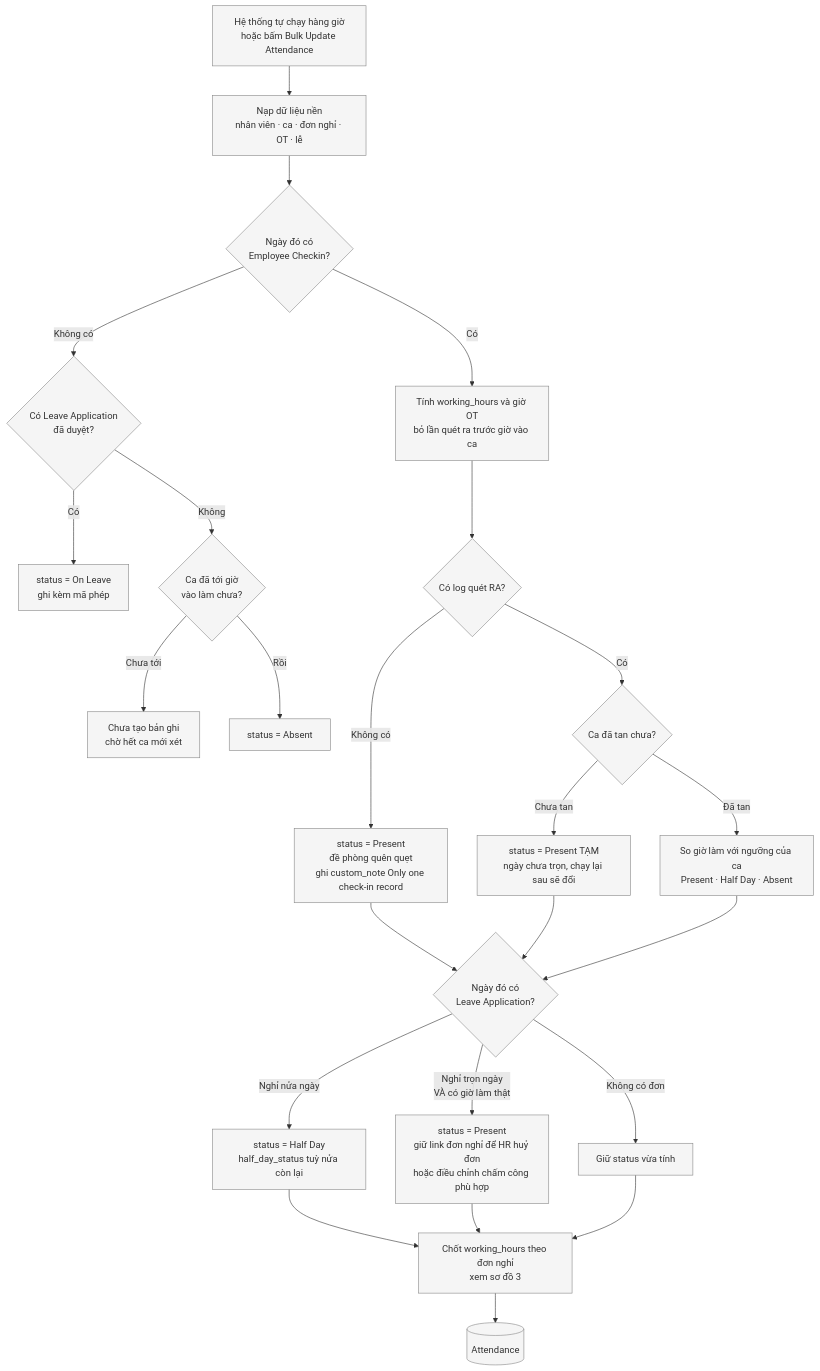
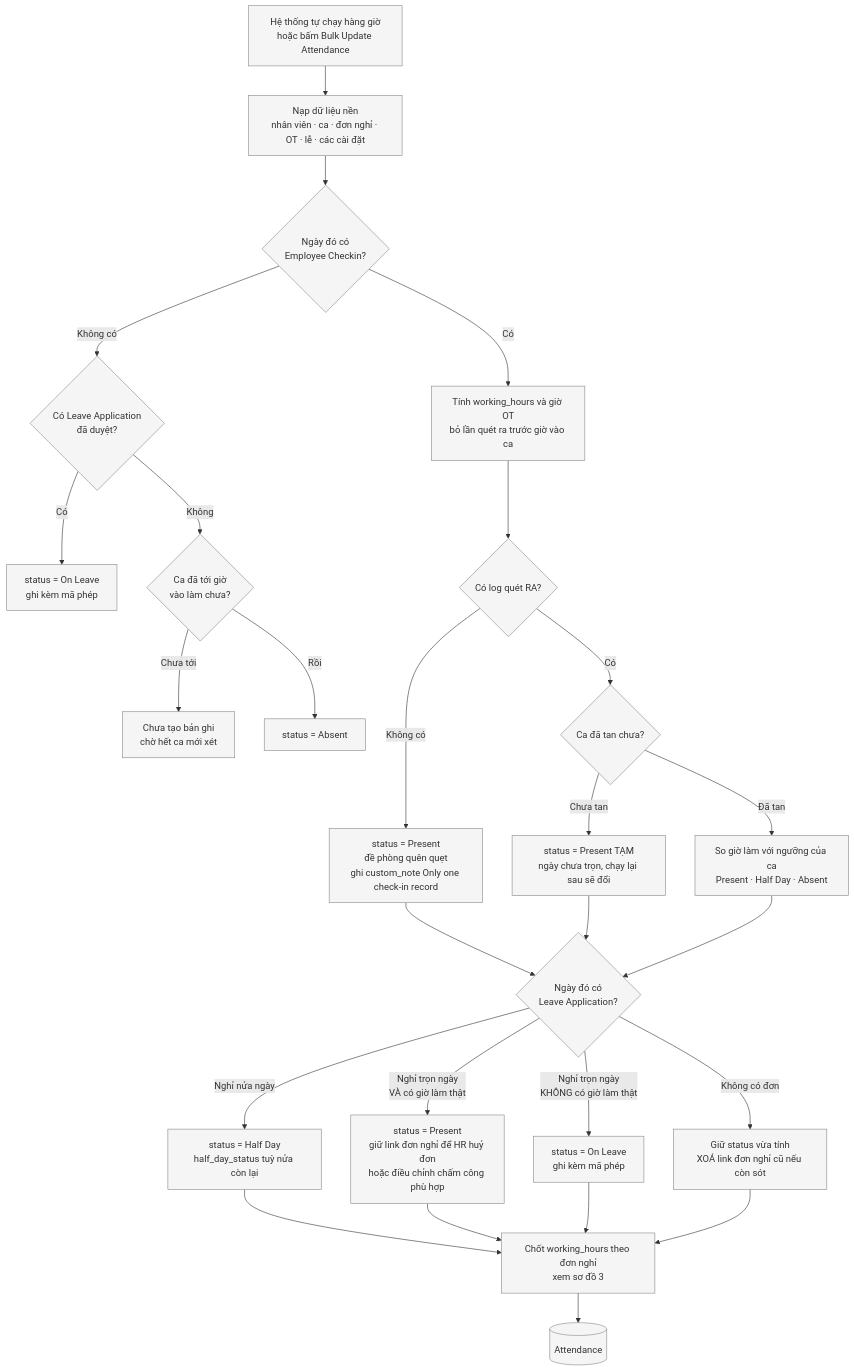
One commit to nguyenson-toray/customize_erpnext changed the second of 8 diagrams in customize_erpnext/docs/flowchart/payroll.md. Above: the diagram before and after it, drawn with Mermaid. The commit also changed other lines of this file and 6 other files, not shown here.

````diff
--- a/customize_erpnext/docs/flowchart/payroll.md
+++ b/customize_erpnext/docs/flowchart/payroll.md
@@ -51,31 +53,33 @@
 ```mermaid
 flowchart TD
     classDef default fill:#F5F5F5,stroke:#888888,color:#333333;
 
-    A[Hệ thống tự chạy hàng giờ<br/>hoặc bấm Bulk Update Attendance] --> B[Nạp dữ liệu nền<br/>nhân viên · ca · đơn nghỉ · OT · lễ]
+    A[Hệ thống tự chạy hàng giờ<br/>hoặc bấm Bulk Update Attendance] --> B[Nạp dữ liệu nền<br/>nhân viên · ca · đơn nghỉ · OT · lễ · các cài đặt]
     B --> C{Ngày đó có<br/>Employee Checkin?}
 
     C -->|Không có| D{Có Leave Application<br/>đã duyệt?}
     D -->|Có| E[status = On Leave<br/>ghi kèm mã phép]
     D -->|Không| F{Ca đã tới giờ<br/>vào làm chưa?}
     F -->|Chưa tới| G[Chưa tạo bản ghi<br/>chờ hết ca mới xét]
     F -->|Rồi| H[status = Absent]
 
     C -->|Có| I[Tính working_hours và giờ OT<br/>bỏ lần quét ra trước giờ vào ca]
     I --> J{Có log quét RA?}
     J -->|Không có| K1[status = Present<br/>đề phòng quên quẹt<br/>ghi custom_note Only one check-in record]
     J -->|Có| K{Ca đã tan chưa?}
     K -->|Chưa tan| K2[status = Present TẠM<br/>ngày chưa trọn, chạy lại sau sẽ đổi]
     K -->|Đã tan| K3[So giờ làm với ngưỡng của ca<br/>Present · Half Day · Absent]
 
     K1 --> L{Ngày đó có<br/>Leave Application?}
     K2 --> L
     K3 --> L
     L -->|Nghỉ nửa ngày| M[status = Half Day<br/>half_day_status tuỳ nửa còn lại]
     L -->|Nghỉ trọn ngày<br/>VÀ có giờ làm thật| N[status = Present<br/>giữ link đơn nghỉ để HR huỷ đơn<br/>hoặc điều chỉnh chấm công phù hợp]
-    L -->|Không có đơn| O[Giữ status vừa tính]
+    L -->|Nghỉ trọn ngày<br/>KHÔNG có giờ làm thật| N2[status = On Leave<br/>ghi kèm mã phép]
+    L -->|Không có đơn| O[Giữ status vừa tính<br/>XOÁ link đơn nghỉ cũ nếu còn sót]
     M --> P[Chốt working_hours theo đơn nghỉ<br/>xem sơ đồ 3]
     N --> P
+    N2 --> P
     O --> P
     P --> Q[(Attendance)]
 ```
````
